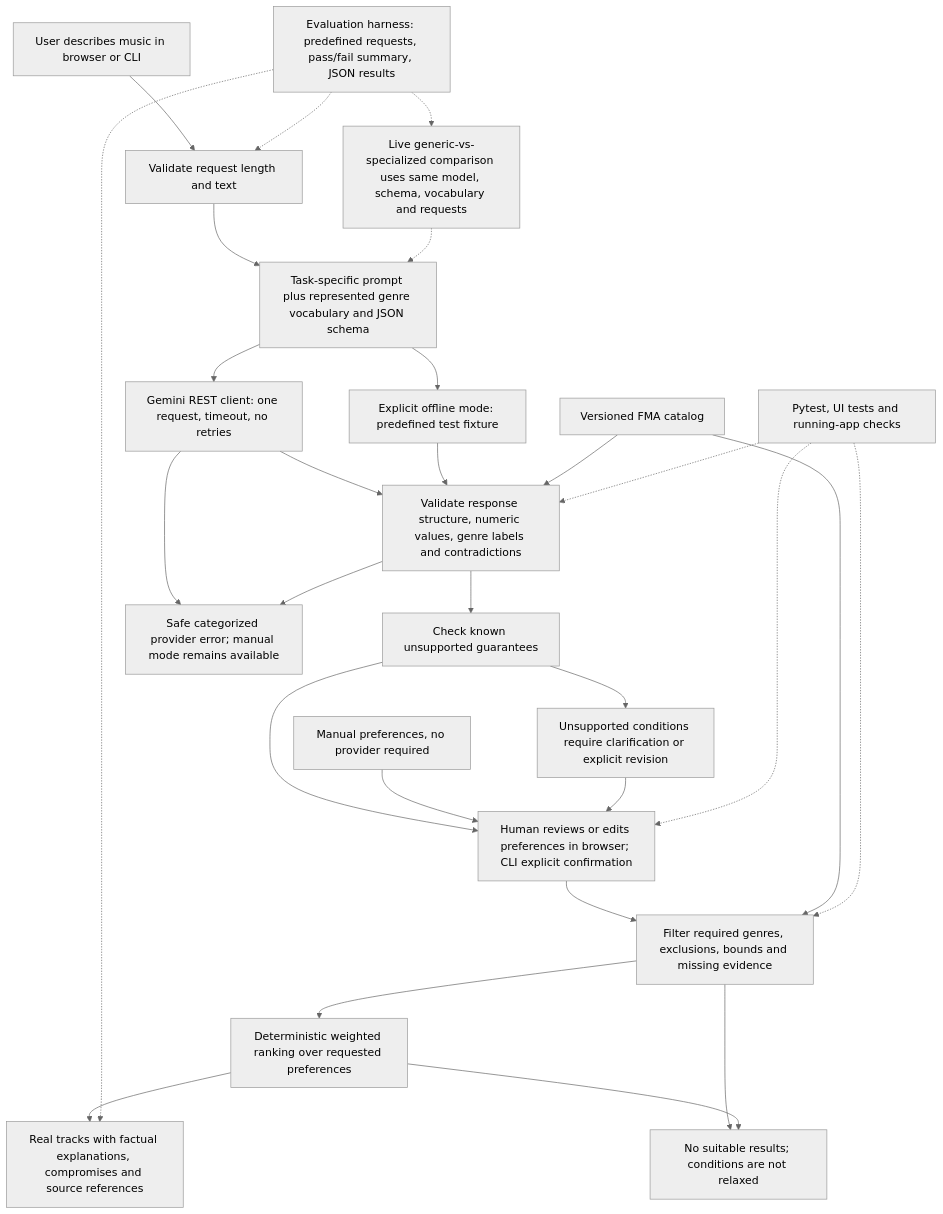
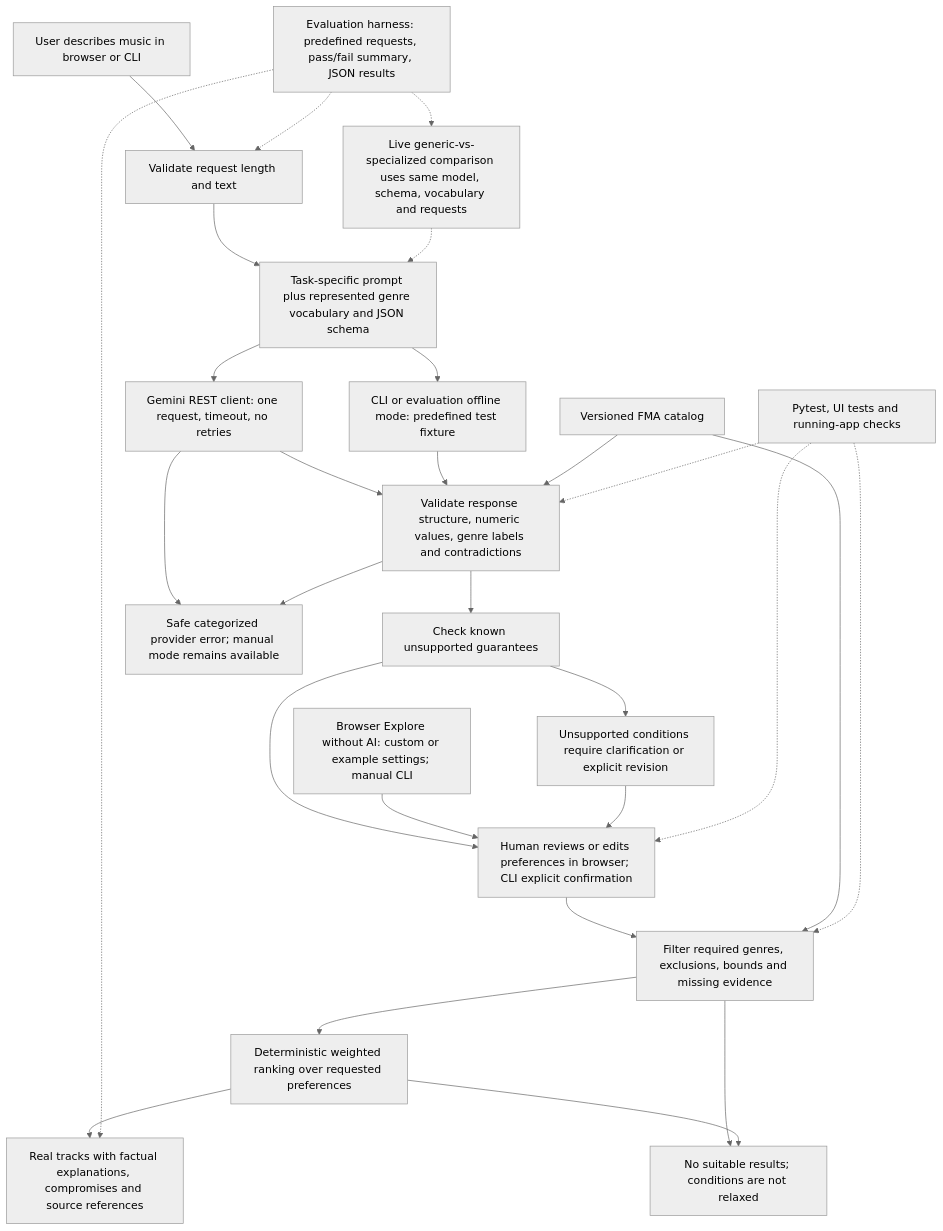
One commit to alexreifel/ai110-applied-ai-system-project changed the diagram in diagrams/architecture.mmd. Above: the diagram before and after it, drawn with Mermaid (neutral theme). The commit also changed 27 other files, not shown here.

```diff
--- a/diagrams/architecture.mmd
+++ b/diagrams/architecture.mmd
@@ -1,28 +1,28 @@
 flowchart TD
     U[User describes music in browser or CLI] --> I[Validate request length and text]
     I --> P[Task-specific prompt plus represented genre vocabulary and JSON schema]
     P --> G[Gemini REST client: one request, timeout, no retries]
-    P --> X[Explicit offline mode: predefined test fixture]
+    P --> X[CLI or evaluation offline mode: predefined test fixture]
     G --> V[Validate response structure, numeric values, genre labels and contradictions]
     X --> V
     V --> B[Check known unsupported guarantees]
     B --> H[Human reviews or edits preferences in browser; CLI explicit confirmation]
-    M[Manual preferences, no provider required] --> H
+    M[Browser Explore without AI: custom or example settings; manual CLI] --> H
     H --> F[Filter required genres, exclusions, bounds and missing evidence]
     D[Versioned FMA catalog] --> V
     D --> F
     F --> R[Deterministic weighted ranking over requested preferences]
     R --> O[Real tracks with factual explanations, compromises and source references]
     G --> E[Safe categorized provider error; manual mode remains available]
     V --> E
     B --> C[Unsupported conditions require clarification or explicit revision]
     C --> H
     F --> N[No suitable results; conditions are not relaxed]
     R --> N
     T[Pytest, UI tests and running-app checks] -.-> V
     T -.-> H
     T -.-> F
     Q[Evaluation harness: predefined requests, pass/fail summary, JSON results] -.-> I
     Q -.-> O
     Q -.-> A[Live generic-vs-specialized comparison uses same model, schema, vocabulary and requests]
     A -.-> P
```
